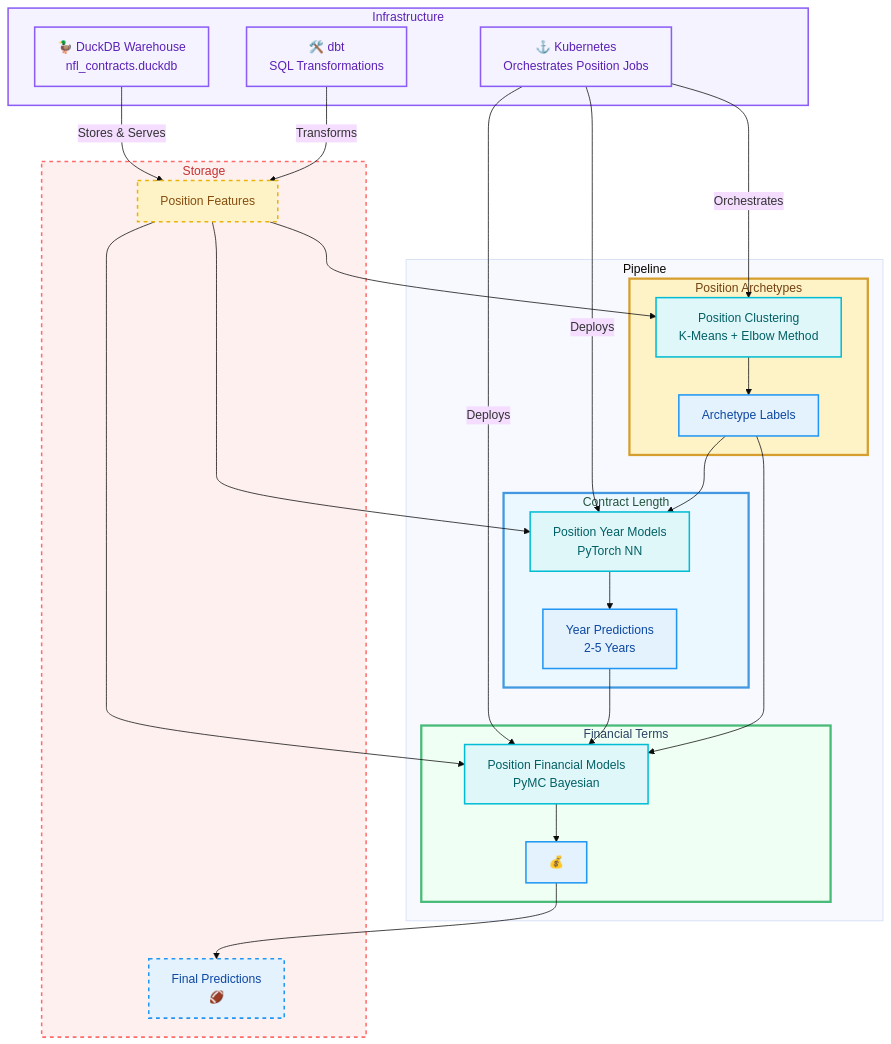
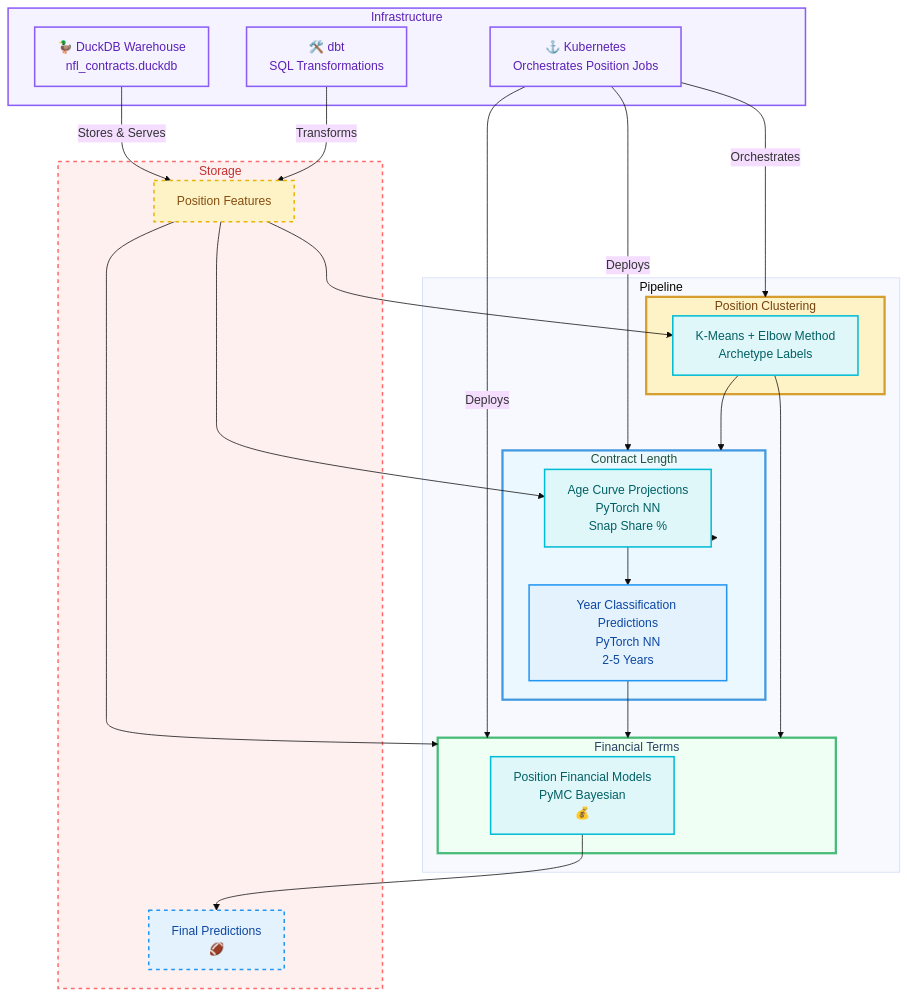
The diagram in README.md (dec1costello/NFL-Market-Value-Analysis), drawn with Mermaid (base theme) before and after one commit.

Commit message:
age curve

````diff
--- a/README.md
+++ b/README.md
@@ -38,76 +38,73 @@
 ```mermaid
 graph TB
  %% === STYLING ===
     classDef stage1 fill:#fef3c7,stroke:#d69e2e,stroke-width:3px,color:#744210
     classDef stage2 fill:#ebf8ff,stroke:#4299e1,stroke-width:3px,color:#22543d 
     classDef stage3 fill:#f0fff4,stroke:#48bb78,stroke-width:3px,color: #2a4365
     classDef features fill:#fef3c7,stroke:#eab308,stroke-width:2px,color:#854d0e
     classDef model fill:#e0f7fa,stroke:#00bcd4,stroke-width:2px,color:#006064
     classDef output fill:#e3f2fd,stroke:#2196f3,stroke-width:2px,color:#0d47a1
     classDef infra fill:#f5f3ff,stroke:#8b5cf6,stroke-width:2px,color:#5b21b6
     classDef storage fill:#fff0f0,stroke:#FF6B6B,stroke-width:2px,stroke-dasharray:5 5,color:#c53030
 
     %% === INFRASTRUCTURE LAYERS ===
     subgraph INFRA ["Infrastructure"]
         DUCKDB["🦆 DuckDB Warehouse<br/>nfl_contracts.duckdb"]
         K8S["⚓ Kubernetes<br/>Orchestrates Position Jobs"]
         DBT["🛠️ dbt<br/>SQL Transformations"]
     end
 
     %% === DATA FLOW ===
     subgraph DATA_FLOW ["Pipeline"]
         %% === STAGE 1: ARCHETYPE DISCOVERY ===
-        subgraph STAGE_1 ["Position Archetypes"]
-            CLUSTERING["Position Clustering<br/>K-Means + Elbow Method"]
-            ARCHETYPES["Archetype Labels"]
+        subgraph STAGE_1 ["Position Clustering"]
+            CLUSTERING["K-Means + Elbow Method<br/>Archetype Labels"]
         end
 
         %% === STAGE 2: YEAR PREDICTION ===
         subgraph STAGE_2 ["Contract Length"]
-            YEAR_MODELS["Position Year Models<br/>PyTorch NN"]
-            YEAR_PREDS["Year Predictions<br/>2-5 Years"]
+            YEAR_MODELS["Age Curve Projections<br/>PyTorch NN<br/>Snap Share %"]
+            YEAR_PREDS["Year Classification Predictions<br/>PyTorch NN<br/>2-5 Years"]
         end
 
         %% === STAGE 3: FINANCIAL PREDICTION ===
         subgraph STAGE_3 ["Financial Terms"]
-            FINANCIAL_MODELS["Position Financial Models<br/>PyMC Bayesian"]
-            FINANCIAL_PREDS["💰"]
+            FINANCIAL_MODELS["Position Financial Models<br/>PyMC Bayesian<br/>💰"]
         end
     end
 
     %% === STORAGE LAYER ===
     subgraph STORAGE ["Storage"]
         FEATURES["Position Features<br/>"]
         RESULTS["Final Predictions<br/>🏈"]
     end
 
     %% === CONNECTIONS ===
     %% Infrastructure → Data Flow
     DUCKDB -->|"Stores & Serves"| FEATURES
     DBT -->|"Transforms"| FEATURES
-    K8S -->|"Orchestrates"| CLUSTERING
-    K8S -->|"Deploys"| YEAR_MODELS
-    K8S -->|"Deploys"| FINANCIAL_MODELS
+    K8S -->|"Orchestrates"| STAGE_1
+    K8S -->|"Deploys"| STAGE_2
+    K8S -->|"Deploys"| STAGE_3
 
     %% Data Pipeline Flow
     FEATURES --> CLUSTERING
-    CLUSTERING --> ARCHETYPES
-    ARCHETYPES --> YEAR_MODELS
+    CLUSTERING --> STAGE_2
+    STAGE_2 --> YEAR_MODELS
     FEATURES --> YEAR_MODELS
     YEAR_MODELS --> YEAR_PREDS
-    YEAR_PREDS --> FINANCIAL_MODELS
-    ARCHETYPES --> FINANCIAL_MODELS
-    FEATURES --> FINANCIAL_MODELS
-    FINANCIAL_MODELS --> FINANCIAL_PREDS
-    FINANCIAL_PREDS --> RESULTS
+    YEAR_PREDS --> STAGE_3
+    CLUSTERING --> STAGE_3
+    FEATURES --> STAGE_3
+    FINANCIAL_MODELS --> RESULTS
 
     %% === STYLES ===
     class INFRA,DUCKDB,K8S,DBT infra
     class STORAGE,FEATURES,RESULTS storage
     class STAGE_1 stage1
     class STAGE_2 stage2
     class STAGE_3 stage3
     class FEATURES features
     class CLUSTERING,YEAR_MODELS,FINANCIAL_MODELS model
     class ARCHETYPES,YEAR_PREDS,FINANCIAL_PREDS,RESULTS output;
 ```
````
